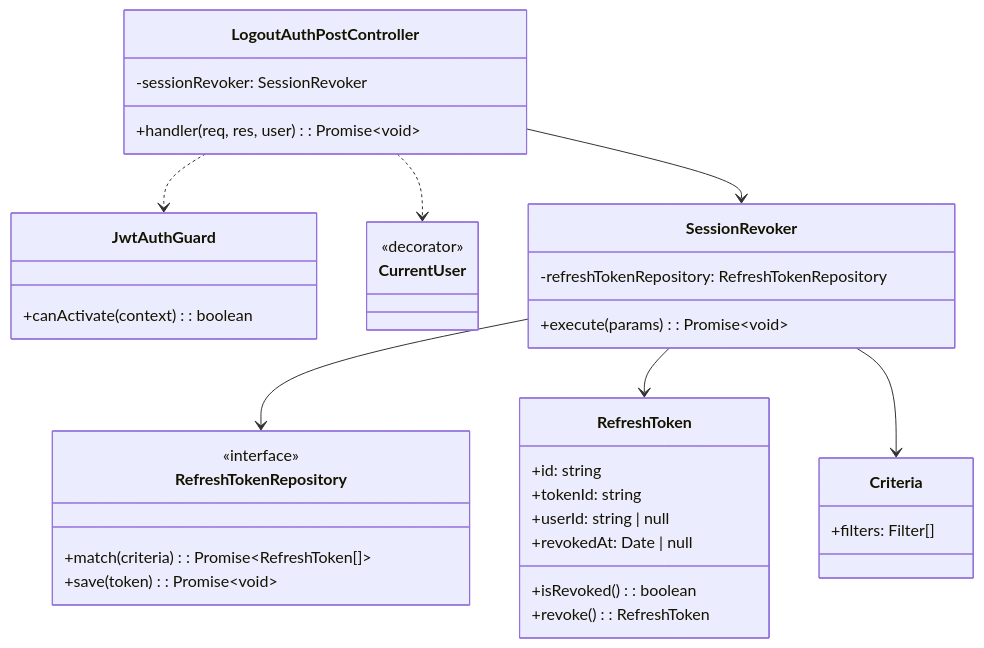
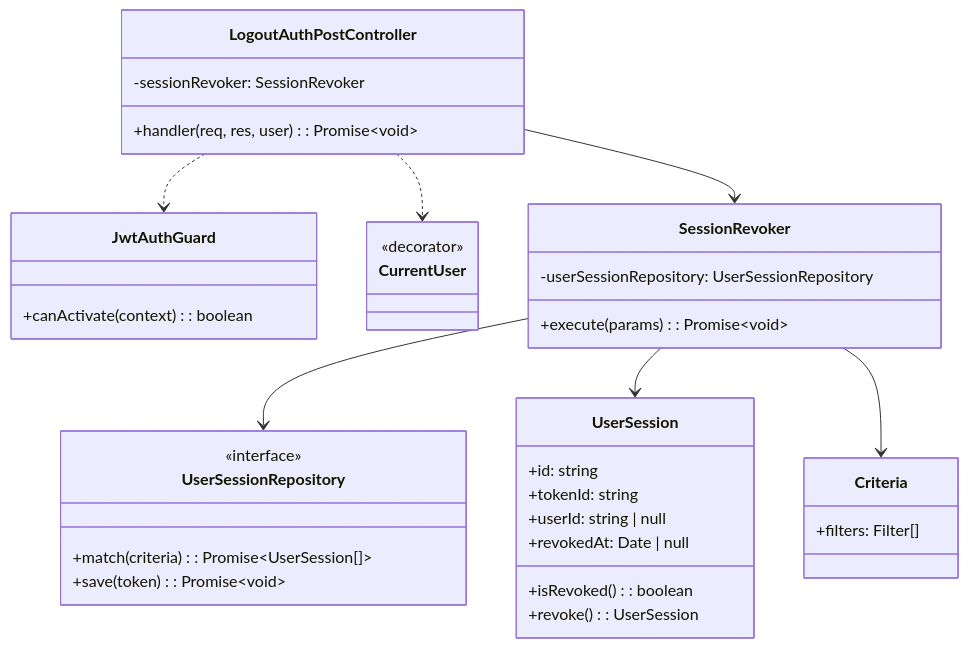
One commit to AbrahamVilchesDeLaCruz/ididntcatchthat changed the diagram in docs/apps/api/identity/logout/classes.md. Above: the diagram before and after it, drawn with Mermaid. The commit also changed 166 other files, not shown here.

First line of the commit message:
refactor(identity): replace RefreshToken with UserSession aggregate

````diff
--- a/docs/apps/api/identity/logout/classes.md
+++ b/docs/apps/api/identity/logout/classes.md
@@ -3,46 +3,46 @@
 ```mermaid
 classDiagram
     class LogoutAuthPostController {
         -sessionRevoker: SessionRevoker
         +handler(req, res, user): Promise~void~
     }
 
     class JwtAuthGuard {
         +canActivate(context): boolean
     }
 
     class CurrentUser {
         <<decorator>>
     }
 
     class SessionRevoker {
-        -refreshTokenRepository: RefreshTokenRepository
+        -userSessionRepository: UserSessionRepository
         +execute(params): Promise~void~
     }
 
-    class RefreshToken {
+    class UserSession {
         +id: string
         +tokenId: string
         +userId: string | null
         +revokedAt: Date | null
         +isRevoked(): boolean
-        +revoke(): RefreshToken
+        +revoke(): UserSession
     }
 
-    class RefreshTokenRepository {
+    class UserSessionRepository {
         <<interface>>
-        +match(criteria): Promise~RefreshToken[]~
+        +match(criteria): Promise~UserSession[]~
         +save(token): Promise~void~
     }
 
     class Criteria {
         +filters: Filter[]
     }
 
     LogoutAuthPostController --> SessionRevoker
     LogoutAuthPostController ..> JwtAuthGuard
     LogoutAuthPostController ..> CurrentUser
-    SessionRevoker --> RefreshTokenRepository
-    SessionRevoker --> RefreshToken
+    SessionRevoker --> UserSessionRepository
+    SessionRevoker --> UserSession
     SessionRevoker --> Criteria
 ```
````
